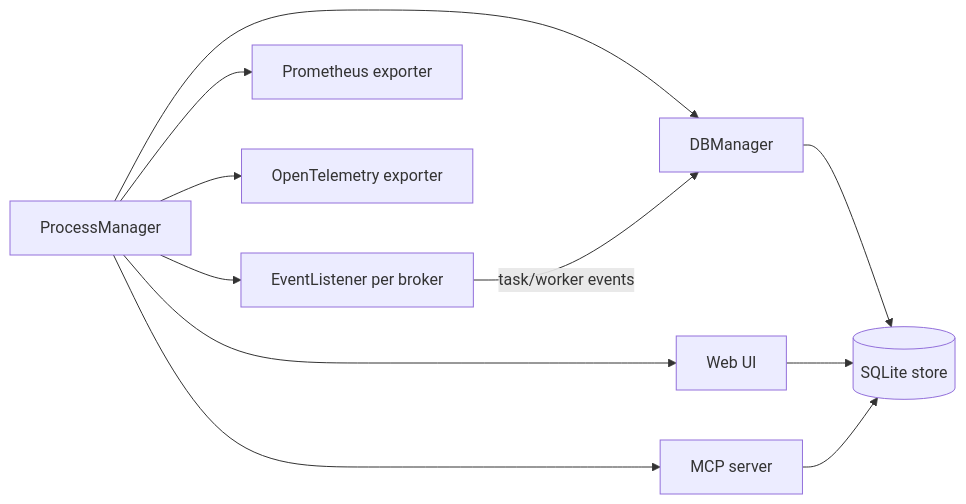
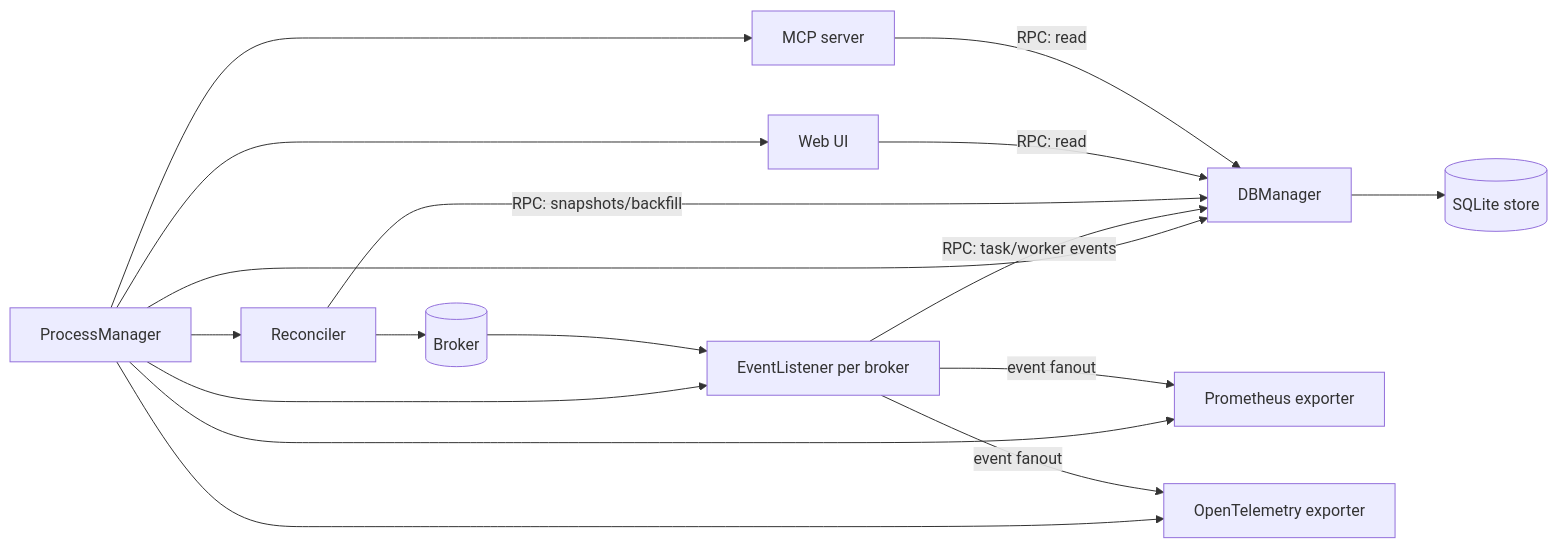
One commit to christianhpoe/celery_root_docs changed the diagram in architecture/overview.mdx. Above: the diagram before and after it, drawn with Mermaid. The commit also changed other lines of this file and 1 other file, not shown here.

````diff
--- a/architecture/overview.mdx
+++ b/architecture/overview.mdx
@@ -16,23 +17,32 @@
 ```mermaid
 flowchart LR
     Supervisor[ProcessManager]
+    Broker[(Broker)]
     EventListener[EventListener per broker]
+    Reconciler[Reconciler]
     DBManager[DBManager]
     Web[Web UI]
     Prom[Prometheus exporter]
     OTel[OpenTelemetry exporter]
     MCP[MCP server]
     DB[(SQLite store)]
 
     Supervisor --> EventListener
+    Supervisor --> Reconciler
     Supervisor --> DBManager
     Supervisor --> Web
     Supervisor --> Prom
     Supervisor --> OTel
     Supervisor --> MCP
 
-    EventListener -->|task/worker events| DBManager
+    Broker --> EventListener
+    Reconciler --> Broker
+
+    EventListener -->|RPC: task/worker events| DBManager
+    Reconciler -->|RPC: snapshots/backfill| DBManager
     DBManager --> DB
-    Web --> DB
-    MCP --> DB
+    Web -->|RPC: read| DBManager
+    MCP -->|RPC: read| DBManager
+    EventListener -->|event fanout| Prom
+    EventListener -->|event fanout| OTel
 ```
````
